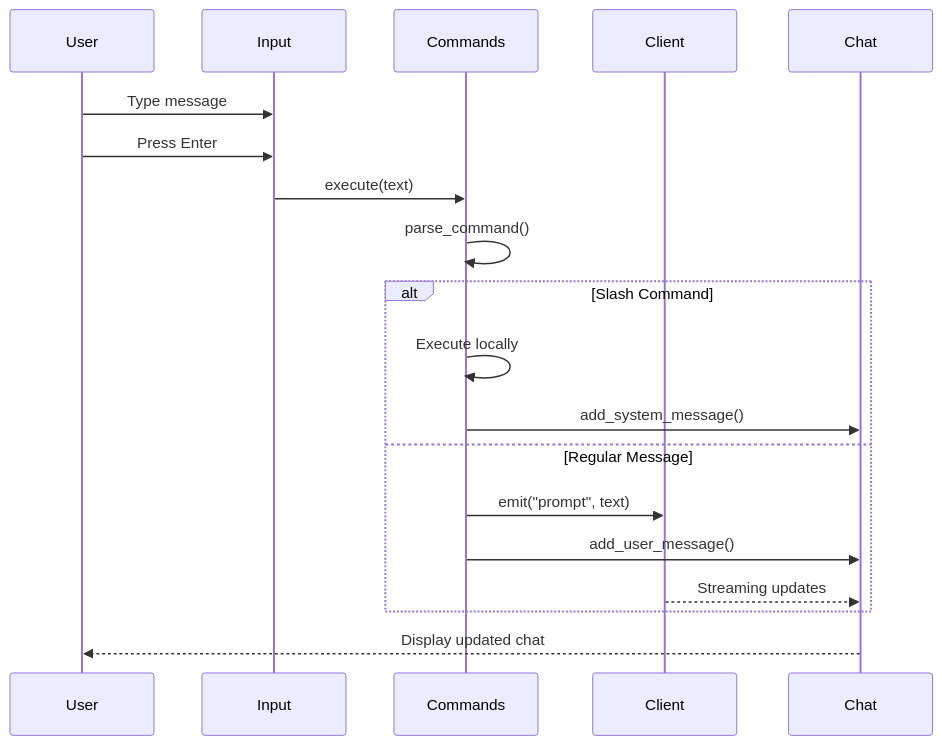
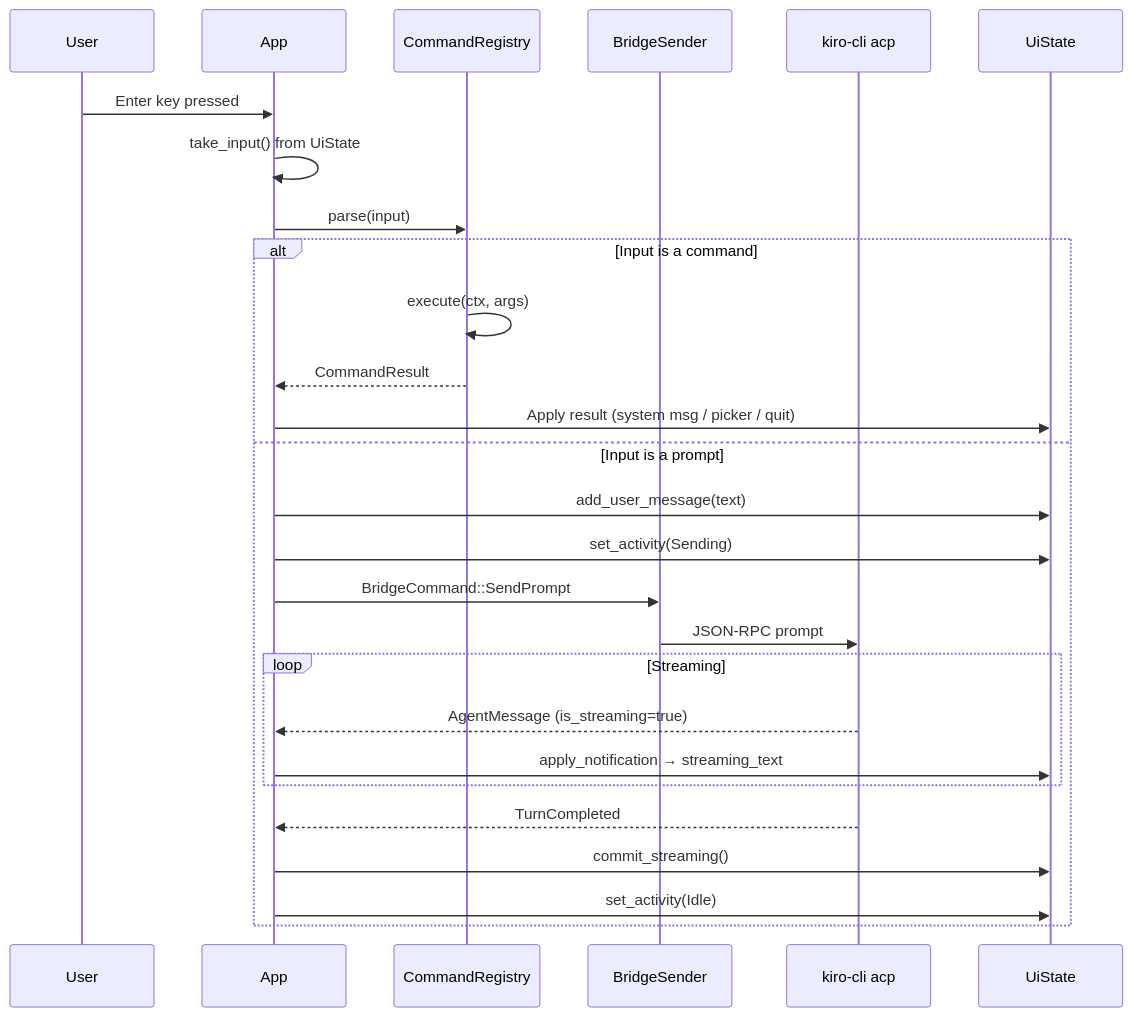
One commit to dwalleck/cyril changed the third of 9 diagrams in .agents/summary/workflows.md. Above: the diagram before and after it, drawn with Mermaid. The commit also changed other lines of this file and 9 other files, not shown here.

````diff
--- a/.agents/summary/workflows.md
+++ b/.agents/summary/workflows.md
@@ -44,24 +64,30 @@
 ```mermaid
 sequenceDiagram
     participant User
-    participant Input
-    participant Commands
-    participant Client
-    participant Chat
-    
-    User->>Input: Type message
-    User->>Input: Press Enter
-    Input->>Commands: execute(text)
-    Commands->>Commands: parse_command()
-    
-    alt Slash Command
-        Commands->>Commands: Execute locally
-        Commands->>Chat: add_system_message()
-    else Regular Message
-        Commands->>Client: emit("prompt", text)
-        Commands->>Chat: add_user_message()
-        Client-->>Chat: Streaming updates
+    participant App
+    participant Commands as CommandRegistry
+    participant Bridge as BridgeSender
+    participant Agent as kiro-cli acp
+    participant UiState
+
+    User->>App: Enter key pressed
+    App->>App: take_input() from UiState
+    App->>Commands: parse(input)
+    alt Input is a command
+        Commands->>Commands: execute(ctx, args)
+        Commands-->>App: CommandResult
+        App->>UiState: Apply result (system msg / picker / quit)
+    else Input is a prompt
+        App->>UiState: add_user_message(text)
+        App->>UiState: set_activity(Sending)
+        App->>Bridge: BridgeCommand::SendPrompt
+        Bridge->>Agent: JSON-RPC prompt
+        loop Streaming
+            Agent-->>App: AgentMessage (is_streaming=true)
+            App->>UiState: apply_notification → streaming_text
+        end
+        Agent-->>App: TurnCompleted
+        App->>UiState: commit_streaming()
+        App->>UiState: set_activity(Idle)
     end
-    
-    Chat-->>User: Display updated chat
 ```
````
